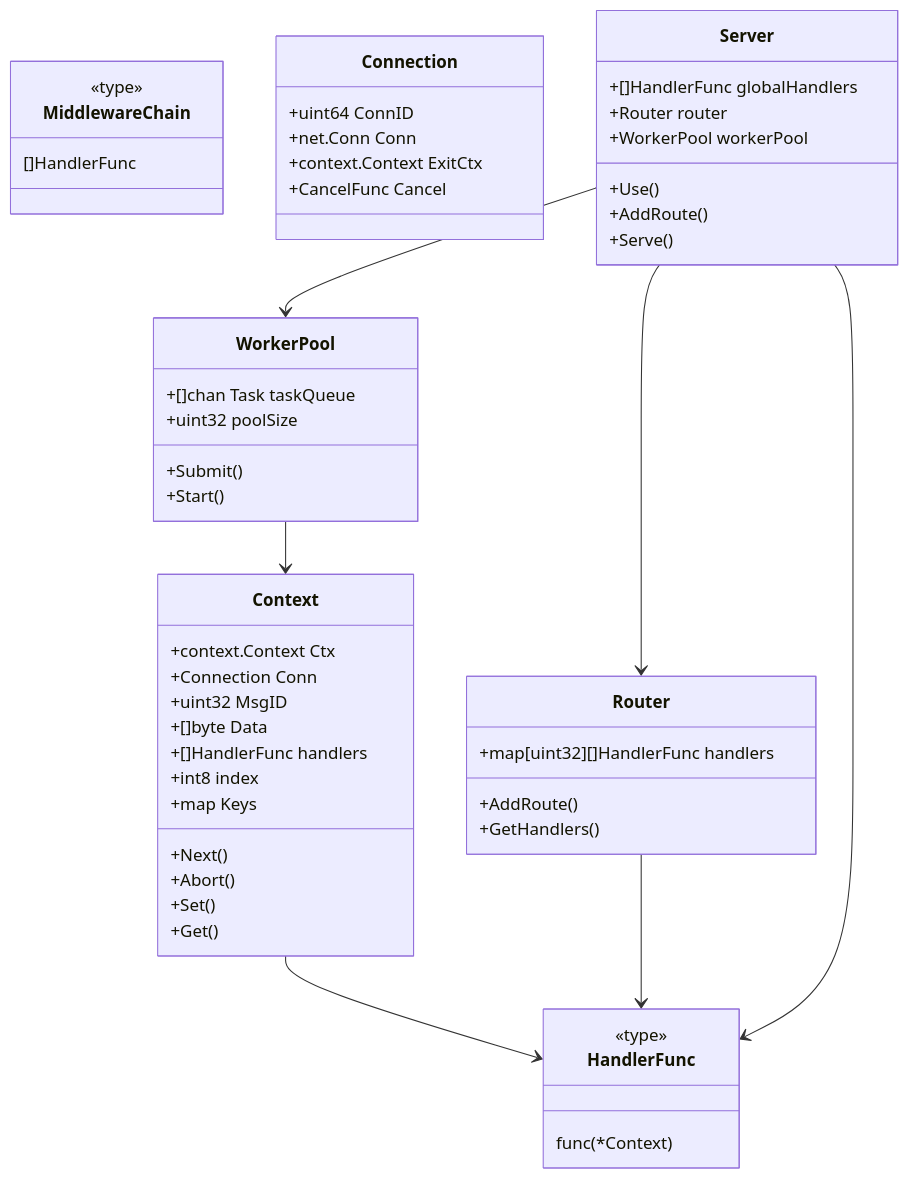
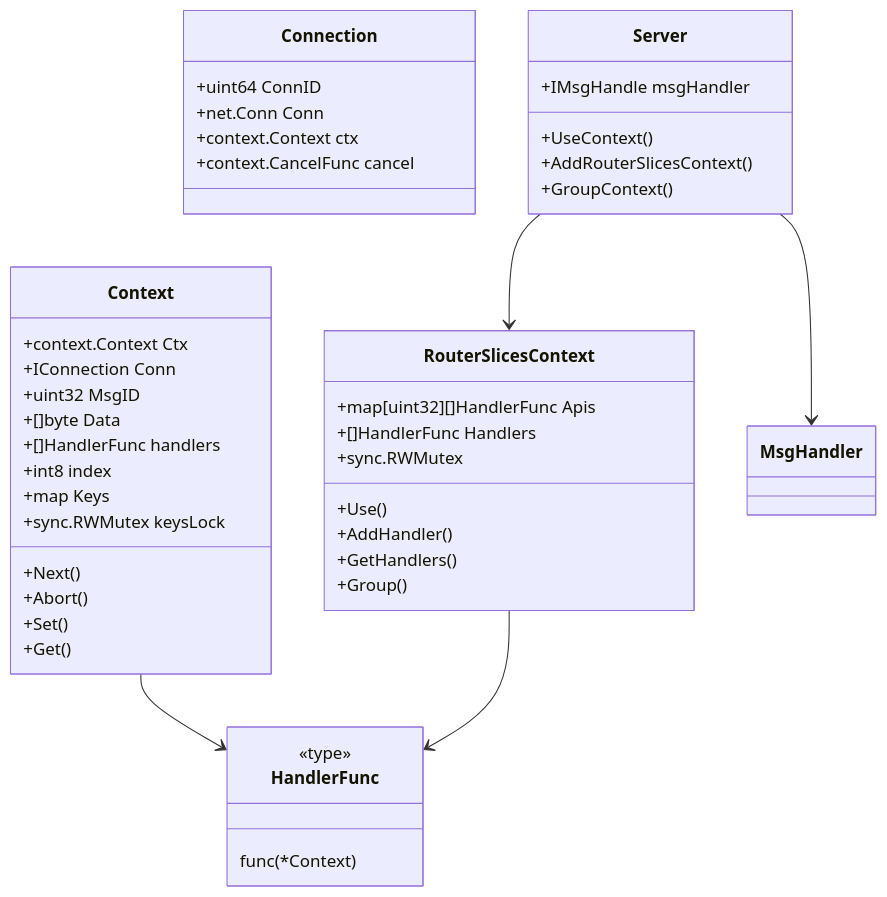
The second of 2 diagrams in upgrade.md (aceld/zinx), drawn with Mermaid before and after one commit. The commit also changed other lines of this file and 8 other files, not shown here.

````diff
--- a/upgrade.md
+++ b/upgrade.md
@@ -32,62 +76,51 @@
 ```mermaid
 classDiagram
     class Context {
         +context.Context Ctx
-        +Connection Conn
+        +IConnection Conn
         +uint32 MsgID
         +[]byte Data
         +[]HandlerFunc handlers
         +int8 index
         +map Keys
+        +sync.RWMutex keysLock
         +Next()
         +Abort()
         +Set()
         +Get()
     }
     
     class HandlerFunc {
         <<type>>
         func(*Context)
     }
     
-    class MiddlewareChain {
-        <<type>>
-        []HandlerFunc
-    }
-    
-    class Router {
-        +map[uint32][]HandlerFunc handlers
-        +AddRoute()
+    class RouterSlicesContext {
+        +map[uint32][]HandlerFunc Apis
+        +[]HandlerFunc Handlers
+        +sync.RWMutex
+        +Use()
+        +AddHandler()
         +GetHandlers()
+        +Group()
     }
     
     class Connection {
         +uint64 ConnID
         +net.Conn Conn
-        +context.Context ExitCtx
-        +CancelFunc Cancel
+        +context.Context ctx
+        +context.CancelFunc cancel
     }
     
     class Server {
-        +[]HandlerFunc globalHandlers
-        +Router router
-        +WorkerPool workerPool
-        +Use()
-        +AddRoute()
-        +Serve()
-    }
-    
-    class WorkerPool {
-        +[]chan Task taskQueue
-        +uint32 poolSize
-        +Submit()
-        +Start()
+        +IMsgHandle msgHandler
+        +UseContext()
+        +AddRouterSlicesContext()
+        +GroupContext()
     }
     
     Context --> HandlerFunc
-    Router --> HandlerFunc
-    Server --> Router
-    Server --> WorkerPool
-    Server --> HandlerFunc
-    WorkerPool --> Context
+    RouterSlicesContext --> HandlerFunc
+    Server --> RouterSlicesContext
+    Server --> MsgHandler
 ```
````
